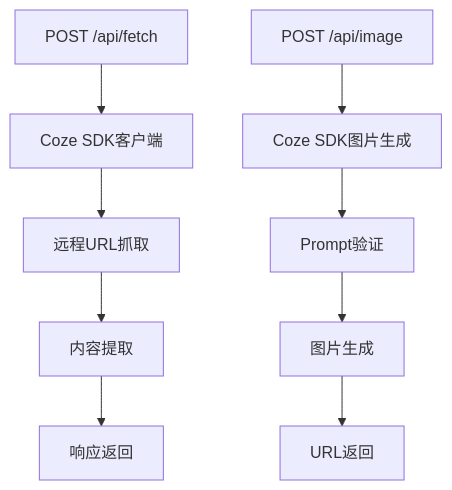
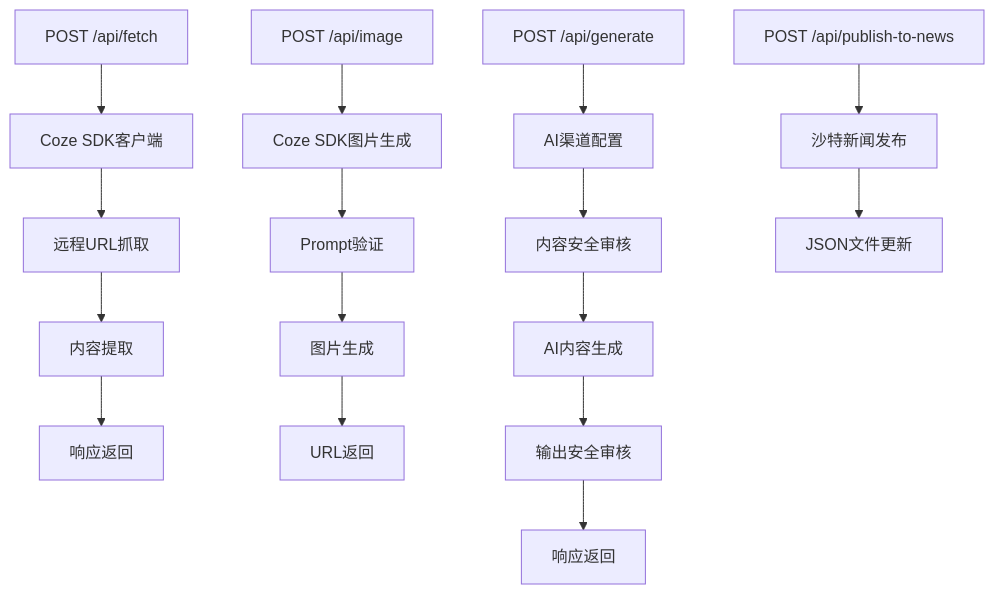
Before and after one commit to hx631580609-web/zsts-cms: diagram 18 of 22 in .qoder/repowiki/zh/content/AI内容生成系统/AI内容生成系统.md, drawn with Mermaid. The commit also changed other lines of this file and 5 other files, not shown here.

````diff
--- a/.qoder/repowiki/zh/content/AI内容生成系统/AI内容生成系统.md
+++ b/.qoder/repowiki/zh/content/AI内容生成系统/AI内容生成系统.md
@@ -553,11 +685,18 @@
 ```mermaid
 flowchart TD
 A[POST /api/fetch] --> B[Coze SDK客户端]
 B --> C[远程URL抓取]
 C --> D[内容提取]
 D --> E[响应返回]
 F[POST /api/image] --> G[Coze SDK图片生成]
 G --> H[Prompt验证]
 H --> I[图片生成]
 I --> J[URL返回]
+K[POST /api/generate] --> L[AI渠道配置]
+L --> M[内容安全审核]
+M --> N[AI内容生成]
+N --> O[输出安全审核]
+O --> P[响应返回]
+Q[POST /api/publish-to-news] --> R[沙特新闻发布]
+R --> S[JSON文件更新]
 ```
````
